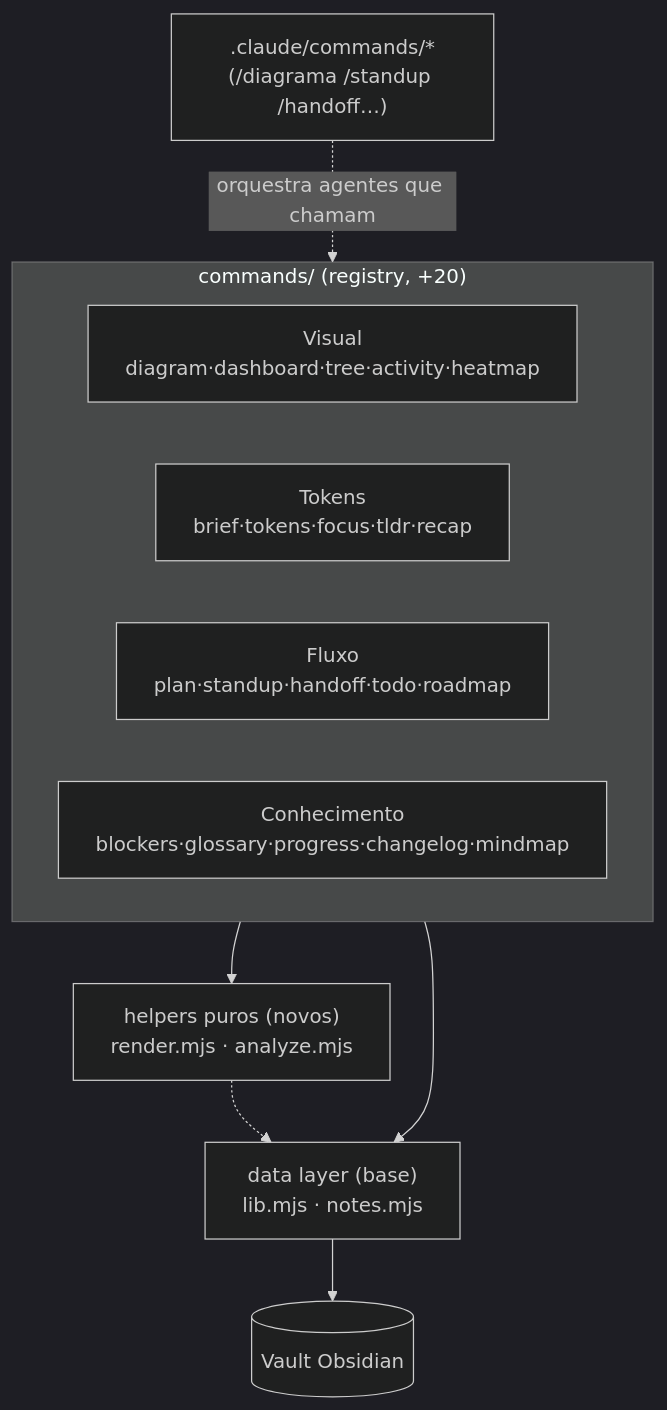
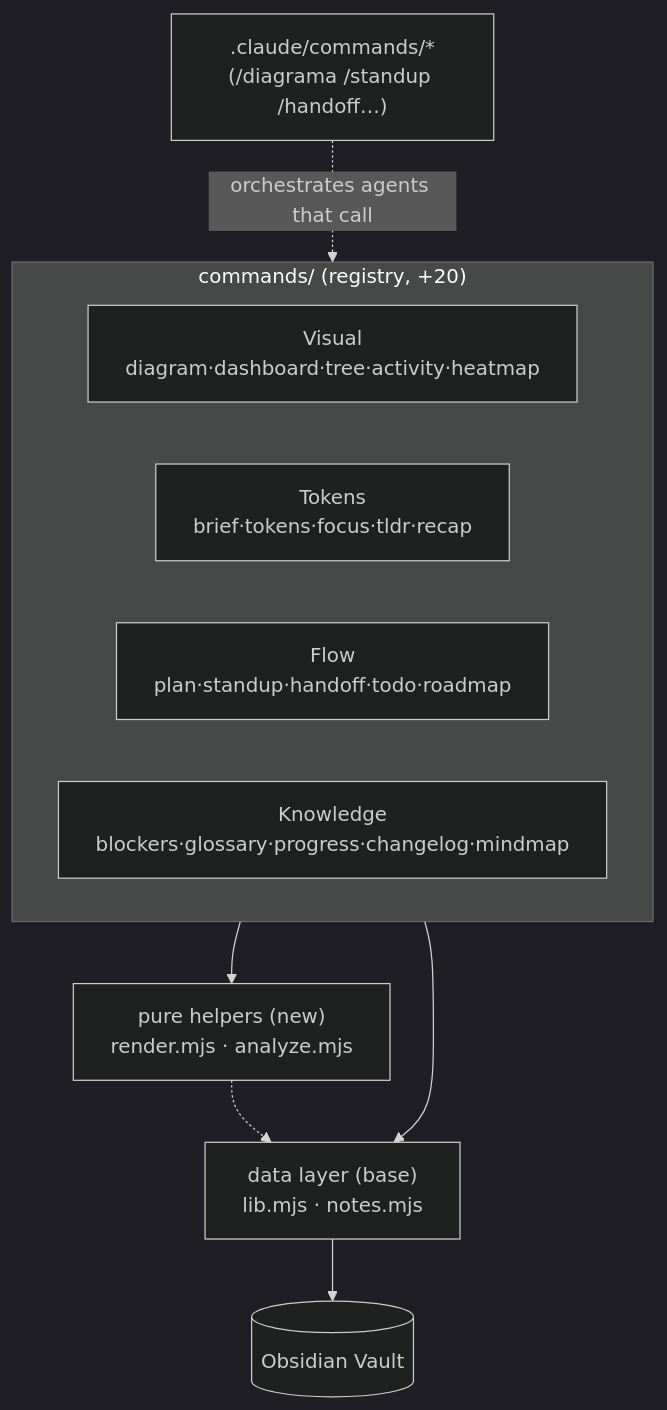
One commit to MatheusChiodi/AgentTeam-Memory changed the first of 4 diagrams in docs/ARCHITECTURE-PHASE-3.md. Above: the diagram before and after it, drawn with Mermaid (dark theme). The commit also changed other lines of this file and 49 other files, not shown here.

````diff
--- a/docs/ARCHITECTURE-PHASE-3.md
+++ b/docs/ARCHITECTURE-PHASE-3.md
@@ -33,20 +33,20 @@
 ```mermaid
 flowchart TB
   subgraph CMD["commands/ (registry, +20)"]
     direction LR
     V["Visual<br/>diagram·dashboard·tree·activity·heatmap"]
     T["Tokens<br/>brief·tokens·focus·tldr·recap"]
-    F["Fluxo<br/>plan·standup·handoff·todo·roadmap"]
-    K["Conhecimento<br/>blockers·glossary·progress·changelog·mindmap"]
+    F["Flow<br/>plan·standup·handoff·todo·roadmap"]
+    K["Knowledge<br/>blockers·glossary·progress·changelog·mindmap"]
   end
-  HLP["helpers puros (novos)<br/>render.mjs · analyze.mjs"]
+  HLP["pure helpers (new)<br/>render.mjs · analyze.mjs"]
   DATA["data layer (base)<br/>lib.mjs · notes.mjs"]
-  VAULT[("Vault Obsidian")]
+  VAULT[("Obsidian Vault")]
   SLASH[".claude/commands/*<br/>(/diagrama /standup /handoff…)"]
 
-  SLASH -. "orquestra agentes que chamam" .-> CMD
+  SLASH -. "orchestrates agents that call" .-> CMD
   CMD --> HLP
   CMD --> DATA
   HLP -.-> DATA
   DATA --> VAULT
 ```
````
